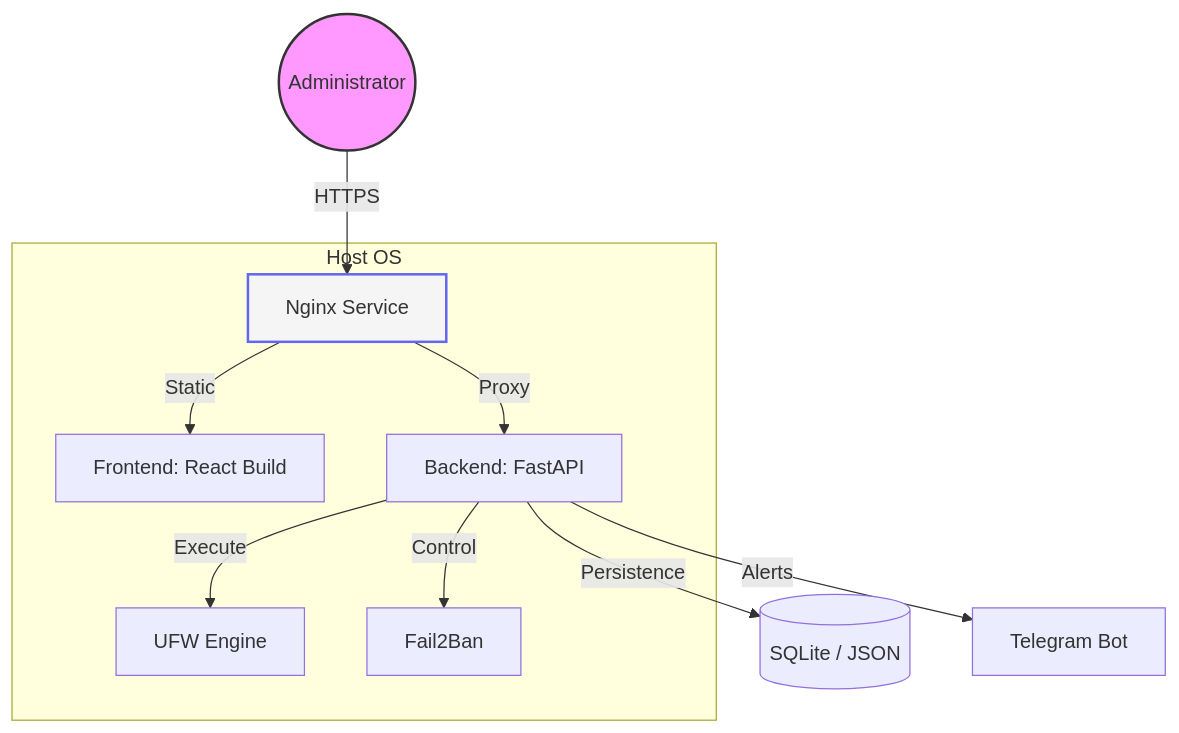
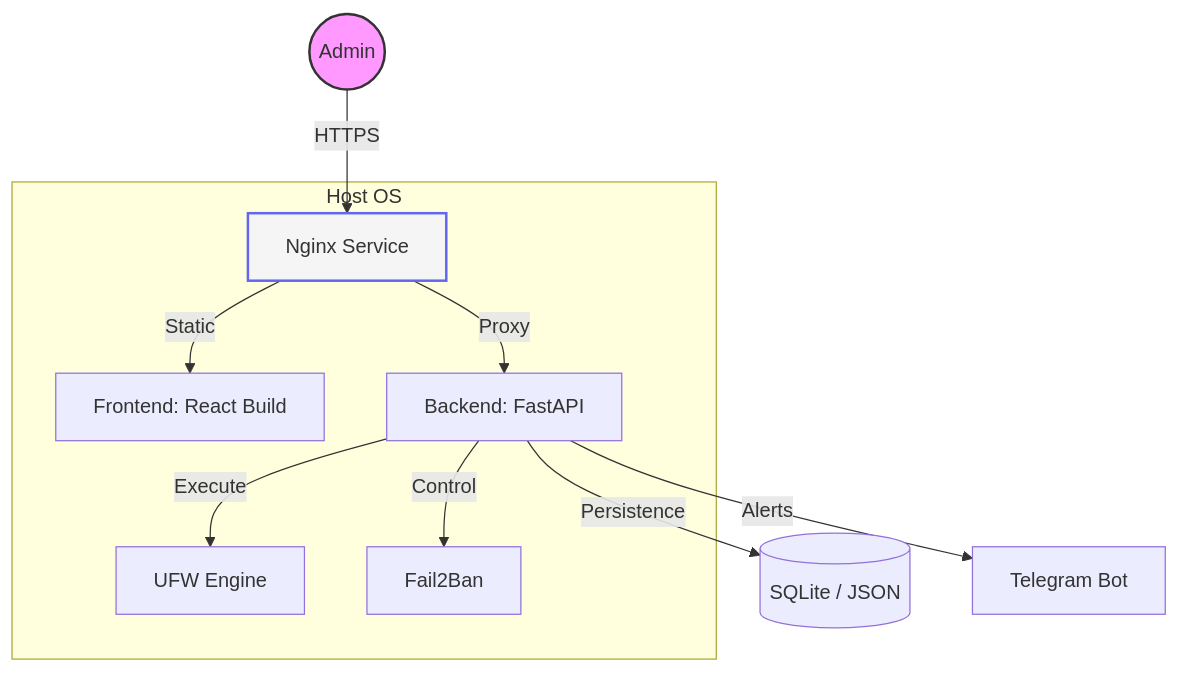
The diagram in README_ENG.md (weby-homelab/ufw-gui), drawn with Mermaid before and after one commit. The commit also changed other lines of this file and 1 other file, not shown here.

````diff
--- a/README_ENG.md
+++ b/README_ENG.md
@@ -52,22 +63,22 @@
 ```mermaid
 graph TD
-    User((Administrator)) -->|HTTPS| Nginx[Nginx Service]
+    User((Admin)) -->|HTTPS| Nginx[Nginx Service]
     Nginx -->|Static| UI[Frontend: React Build]
     Nginx -->|Proxy| API[Backend: FastAPI]
     
     subgraph "Host OS"
         Nginx
         UI
         API
         UFW[UFW Engine]
         F2B[Fail2Ban]
     end
     
     API -->|Execute| UFW
     API -->|Control| F2B
     API -->|Persistence| DB[(SQLite / JSON)]
     API -->|Alerts| TG[Telegram Bot]
 
     style User fill:#f9f,stroke:#333,stroke-width:2px
     style Nginx fill:#f5f5f5,stroke:#6366f1,stroke-width:2px
 ```
````
